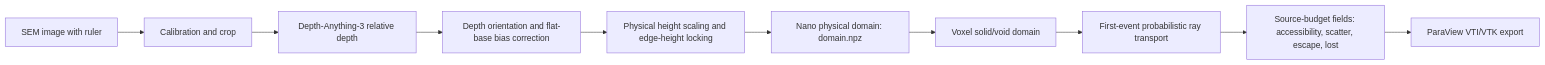
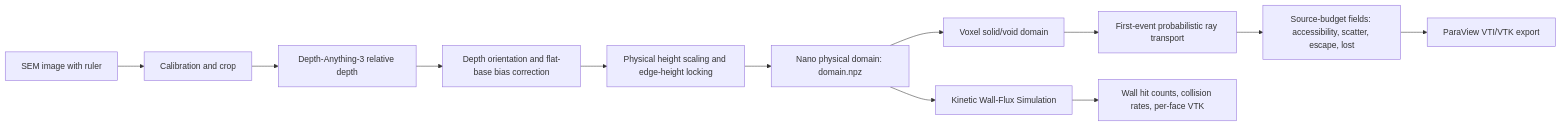
The diagram in README.md (Younghegalian/FETM-NanoWall), drawn with Mermaid before and after one commit. The commit also changed other lines of this file and 4 other files, not shown here.

````diff
--- a/README.md
+++ b/README.md
@@ -62,12 +64,14 @@
 ```mermaid
 flowchart LR
     A["SEM image with ruler"] --> B["Calibration and crop"]
     B --> C["Depth-Anything-3 relative depth"]
     C --> D["Depth orientation and flat-base bias correction"]
     D --> E["Physical height scaling and edge-height locking"]
     E --> F["Nano physical domain: domain.npz"]
     F --> G["Voxel solid/void domain"]
     G --> H["First-event probabilistic ray transport"]
     H --> I["Source-budget fields: accessibility, scatter, escape, lost"]
     I --> J["ParaView VTI/VTK export"]
+    F --> K["Kinetic Wall-Flux Simulation"]
+    K --> L["Wall hit counts, collision rates, per-face VTK"]
 ```
````
